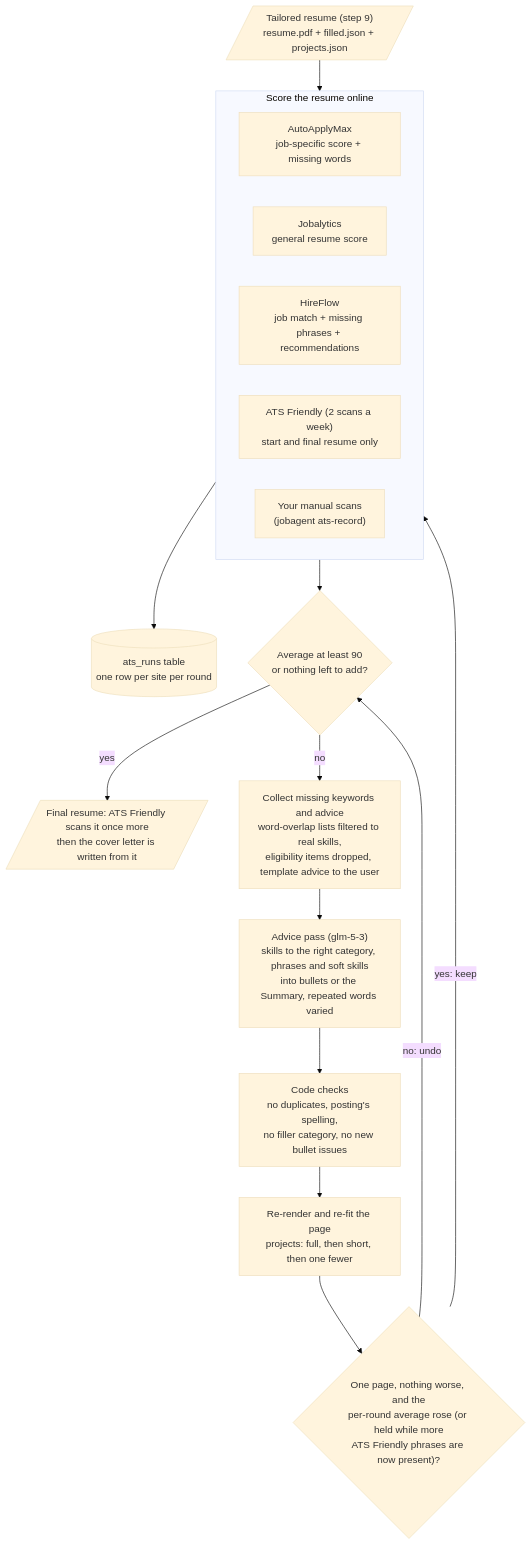
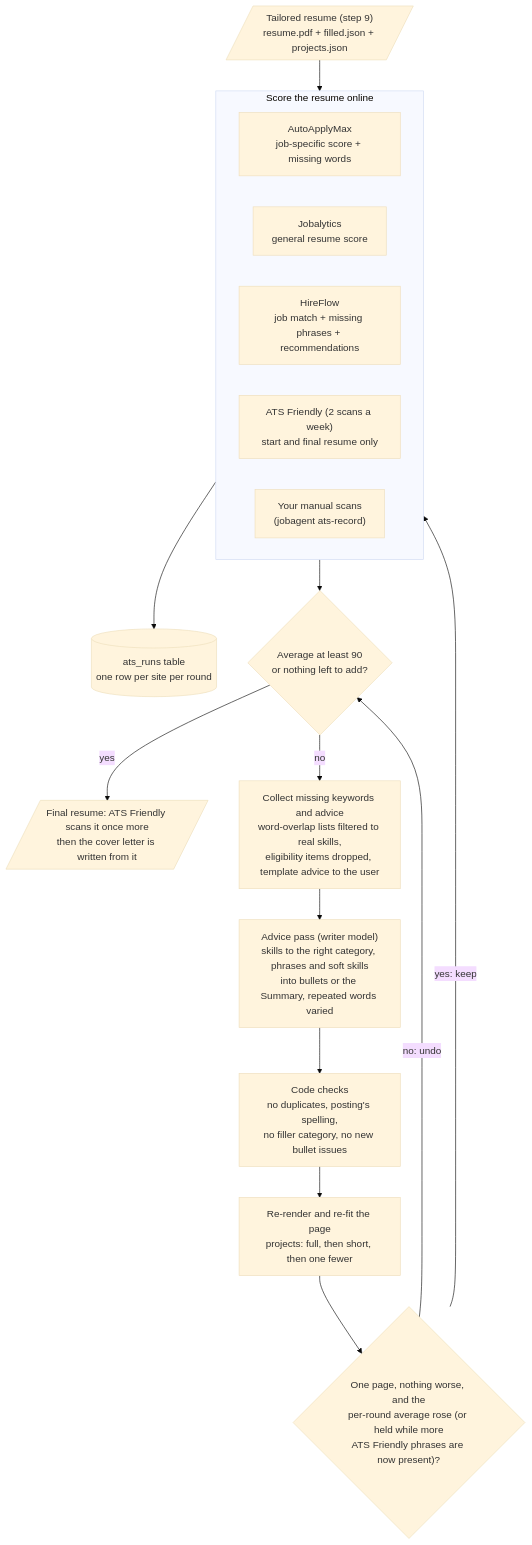
One commit to BhavyaShah1234/JobApplicationAgent changed the diagram in docs/steps/10-ats.md. Above: the diagram before and after it, drawn with Mermaid (base theme). The commit also changed other lines of this file and 1 other file, not shown here.

````diff
--- a/docs/steps/10-ats.md
+++ b/docs/steps/10-ats.md
@@ -42,22 +53,22 @@
 ```mermaid
 flowchart TD
     IN[/"Tailored resume (step 9)<br/>resume.pdf + filled.json + projects.json"/] --> SC
     subgraph SC["Score the resume online"]
         A["AutoApplyMax<br/>job-specific score + missing words"]
         J["Jobalytics<br/>general resume score"]
         H["HireFlow<br/>job match + missing phrases + recommendations"]
         T["ATS Friendly (2 scans a week)<br/>start and final resume only"]
         M["Your manual scans<br/>(jobagent ats-record)"]
     end
     SC --> REC[("ats_runs table<br/>one row per site per round")]
     SC --> AVG{"Average at least 90<br/>or nothing left to add?"}
     AVG -- "yes" --> OUT
     AVG -- "no" --> F["Collect missing keywords and advice<br/>word-overlap lists filtered to real skills,<br/>eligibility items dropped, template advice to the user"]
-    F --> KP["Advice pass (glm-5-3)<br/>skills to the right category, phrases and soft skills<br/>into bullets or the Summary, repeated words varied"]
+    F --> KP["Advice pass (writer model)<br/>skills to the right category, phrases and soft skills<br/>into bullets or the Summary, repeated words varied"]
     KP --> CHK["Code checks<br/>no duplicates, posting's spelling,<br/>no filler category, no new bullet issues"]
     CHK --> FIT["Re-render and re-fit the page<br/>projects: full, then short, then one fewer"]
     FIT --> OK{"One page, nothing worse, and the<br/>per-round average rose (or held while more<br/>ATS Friendly phrases are now present)?"}
     OK -- "yes: keep" --> SC
     OK -- "no: undo" --> AVG
     OUT[/"Final resume: ATS Friendly scans it once more<br/>then the cover letter is written from it"/]
 ```
````
